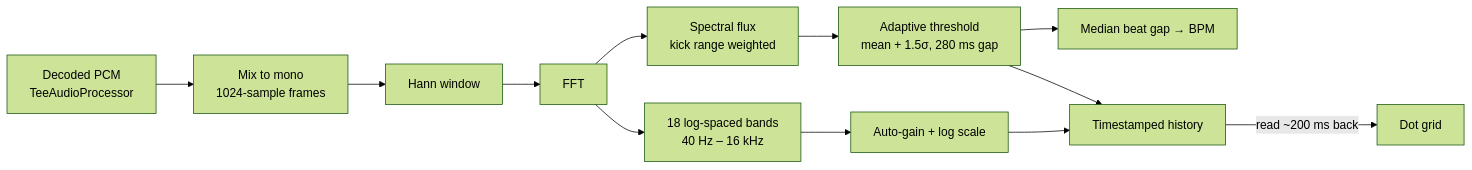
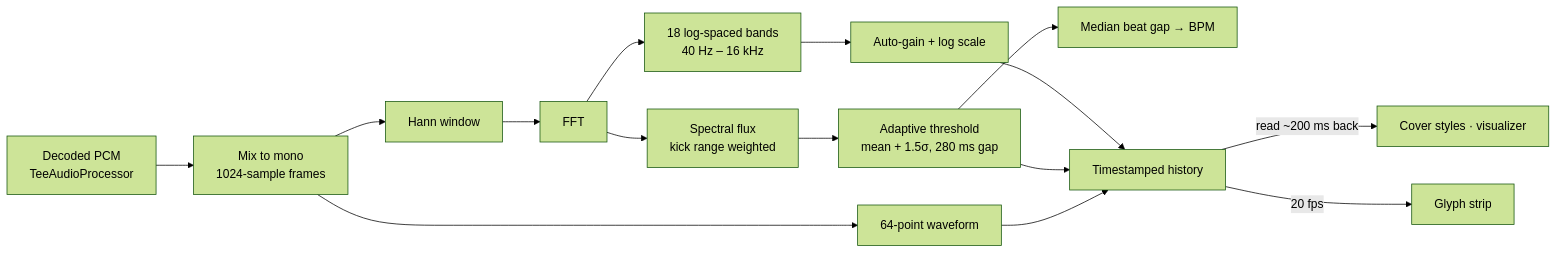
Before and after one commit to ShahadatTest/dot: the third of 3 diagrams in README.md, drawn with Mermaid (forest theme). The commit also changed other lines of this file, not shown here.

Commit message:
update readme with glyph, visuals, lyrics, wrapped and performance

````diff
--- a/README.md
+++ b/README.md
@@ -116,13 +155,15 @@
 ```mermaid
 flowchart LR
     PCM["Decoded PCM<br/>TeeAudioProcessor"] --> Mono["Mix to mono<br/>1024-sample frames"]
     Mono --> Win["Hann window"]
     Win --> FFT["FFT"]
     FFT --> Bands["18 log-spaced bands<br/>40 Hz – 16 kHz"]
     FFT --> Flux["Spectral flux<br/>kick range weighted"]
+    Mono --> Wave["64-point waveform"]
     Bands --> AGC["Auto-gain + log scale"]
     Flux --> Thr["Adaptive threshold<br/>mean + 1.5σ, 280 ms gap"]
     Thr --> BPM["Median beat gap → BPM"]
-    AGC & Thr --> Hist["Timestamped history"]
-    Hist -->|"read ~200 ms back"| Grid["Dot grid"]
+    AGC & Thr & Wave --> Hist["Timestamped history"]
+    Hist -->|"read ~200 ms back"| Screen["Cover styles · visualizer"]
+    Hist -->|"20 fps"| Strip["Glyph strip"]
 ```
````
